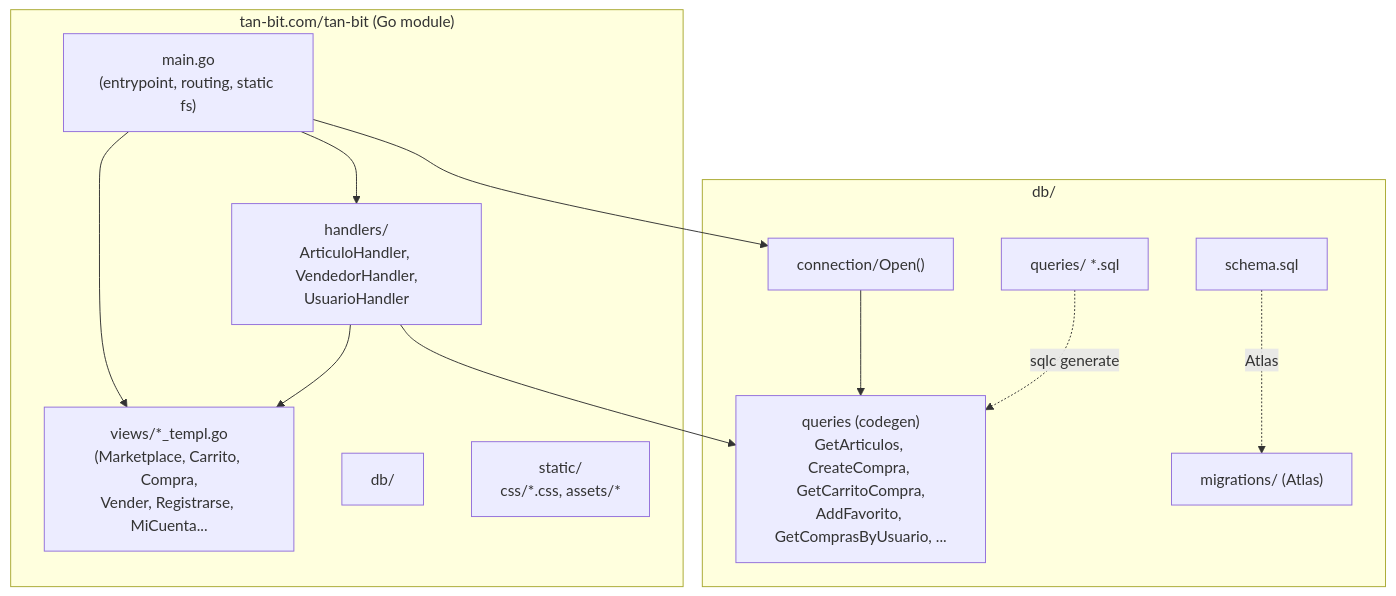
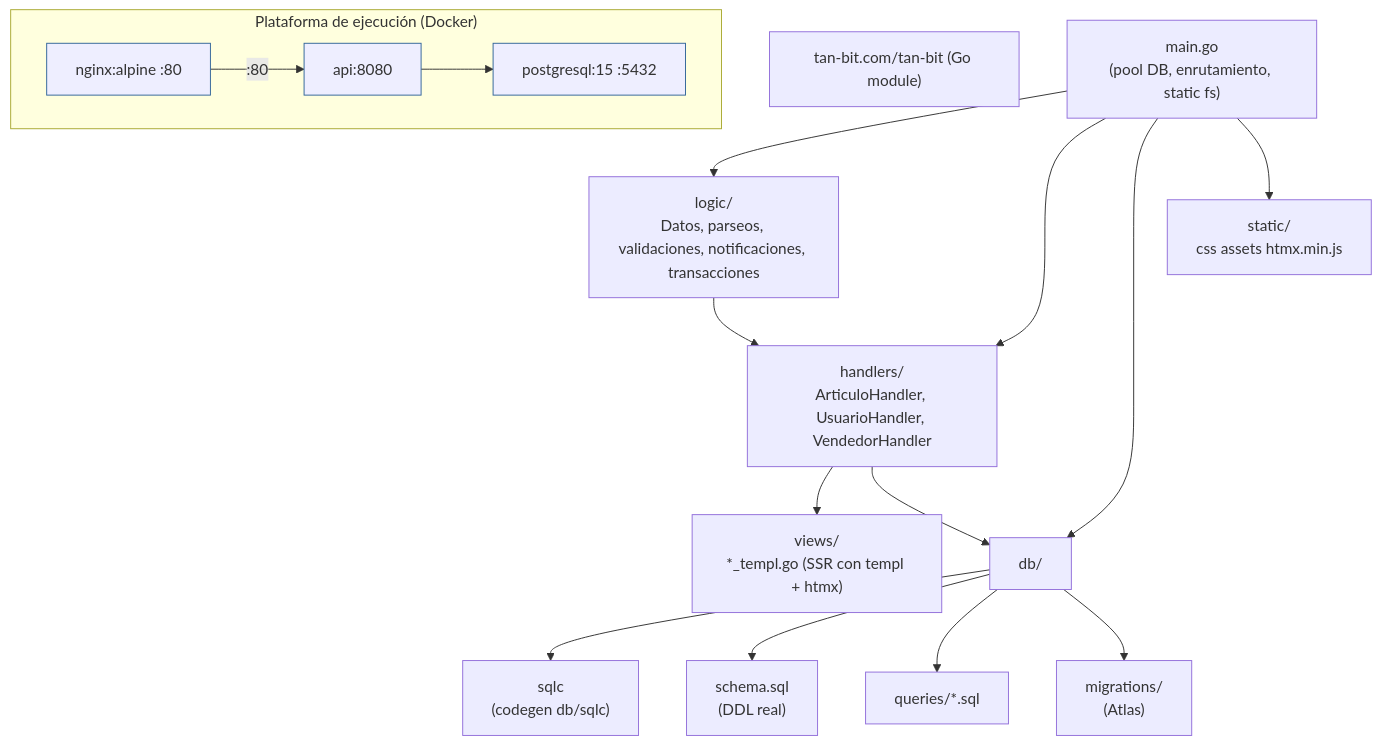
One commit to az-juan/tan-bit changed the first of 6 diagrams in docs/arquitectura.md. Above: the diagram before and after it, drawn with Mermaid. The commit also changed other lines of this file and 9 other files, not shown here.

````diff
--- a/docs/arquitectura.md
+++ b/docs/arquitectura.md
@@ -190,25 +506,33 @@
 ```mermaid
 flowchart TB
-  subgraph app["tan-bit.com/tan-bit (Go module)"]
-    main["main.go\n(entrypoint, routing, static fs)"]
-    handlers["handlers/\nArticuloHandler, VendedorHandler,\nUsuarioHandler"]
-    views["views/*_templ.go\n(Marketplace, Carrito, Compra,\nVender, Registrarse, MiCuenta..."]
-    dbpkg["db/"]
-    static["static/\ncss/*.css, assets/*"]
-  end
-  subgraph dbpkg2["db/"]
-    conn["connection/Open()"]
-    sqlc["queries (codegen)\nGetArticulos, CreateCompra, GetCarritoCompra,\nAddFavorito, GetComprasByUsuario, ..."]
-    queries["queries/ *.sql"]
-    schema["schema.sql"]
-    migrations["migrations/ (Atlas)"]
-  end
-  main --> handlers
-  main --> views
-  main --> conn
-  handlers --> views
-  handlers --> sqlc
-  conn --> sqlc
-  queries -.sqlc generate.-> sqlc
-  schema -.Atlas.-> migrations
+    app["tan-bit.com/tan-bit (Go module)"]
+    main["main.go<br/>(pool DB, enrutamiento, static fs)"]
+    logic["logic/</br>Datos, parseos, validaciones, notificaciones, transacciones"]
+    handlers["handlers/</br>ArticuloHandler, UsuarioHandler, VendedorHandler"]
+    views["views/</br>*_templ.go (SSR con templ + htmx)"]
+    db["db/"]
+    static["static/</br>css assets htmx.min.js"]
+
+    subgraph nix["Plataforma de ejecución (Docker)"]
+        nginx["nginx:alpine :80"]
+        api["api:8080"]
+        pg["postgresql:15 :5432"]
+    end
+
+    main --> logic
+    main --> handlers
+    main --> db
+    main --> static
+    logic --> handlers
+    handlers --> views
+    handlers --> db
+    db --> sqlc["sqlc</option></br>(codegen db/sqlc)"]
+    db --> schema["schema.sql </br>(DDL real)"]
+    db --> queries["queries/*.sql"]
+    db --> migrations["migrations/<br/>(Atlas)"]
+    nginx -- :80 --> api
+    api --> pg
+    style nginx fill:#eef,stroke:#369
+    style api fill:#eef,stroke:#369
+    style pg fill:#eef,stroke:#369
 ```
````
